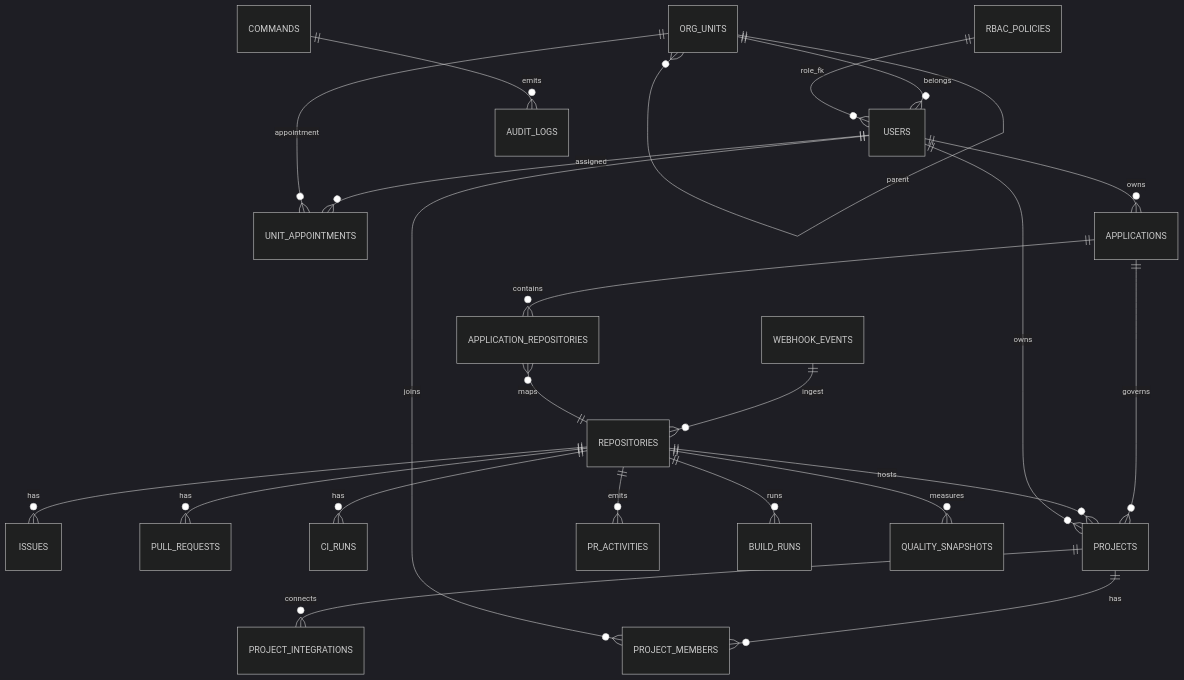
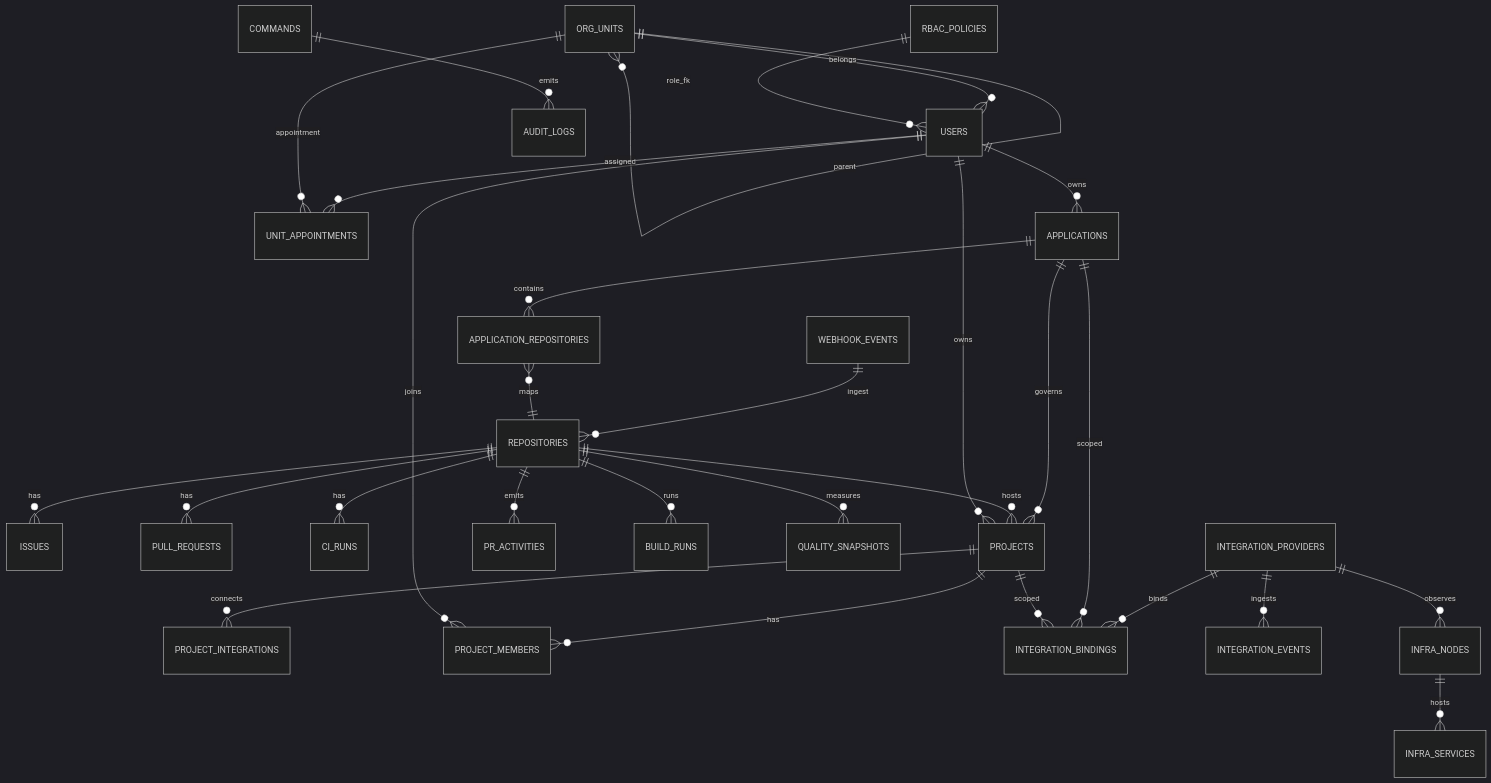
One commit to ykylee/Devhub_example changed the seventh of 7 diagrams in docs/planning/system_erd.md. Above: the diagram before and after it, drawn with Mermaid (dark theme). The commit also changed other lines of this file and 14 other files, not shown here.

````diff
--- a/docs/planning/system_erd.md
+++ b/docs/planning/system_erd.md
@@ -270,28 +343,34 @@
 ```mermaid
 erDiagram
     WEBHOOK_EVENTS ||--o{ REPOSITORIES : ingest
     REPOSITORIES ||--o{ ISSUES : has
     REPOSITORIES ||--o{ PULL_REQUESTS : has
     REPOSITORIES ||--o{ CI_RUNS : has
 
     ORG_UNITS ||--o{ ORG_UNITS : parent
     ORG_UNITS ||--o{ USERS : belongs
     USERS ||--o{ UNIT_APPOINTMENTS : assigned
     ORG_UNITS ||--o{ UNIT_APPOINTMENTS : appointment
     RBAC_POLICIES ||--o{ USERS : role_fk
 
     COMMANDS ||--o{ AUDIT_LOGS : emits
 
     APPLICATIONS ||--o{ APPLICATION_REPOSITORIES : contains
     APPLICATIONS ||--o{ PROJECTS : governs
     REPOSITORIES ||--o{ PROJECTS : hosts
     PROJECTS ||--o{ PROJECT_INTEGRATIONS : connects
     PROJECTS ||--o{ PROJECT_MEMBERS : has
     USERS ||--o{ PROJECT_MEMBERS : joins
     USERS ||--o{ PROJECTS : owns
     USERS ||--o{ APPLICATIONS : owns
     APPLICATION_REPOSITORIES }o--|| REPOSITORIES : maps
     REPOSITORIES ||--o{ PR_ACTIVITIES : emits
     REPOSITORIES ||--o{ BUILD_RUNS : runs
     REPOSITORIES ||--o{ QUALITY_SNAPSHOTS : measures
+    INTEGRATION_PROVIDERS ||--o{ INTEGRATION_BINDINGS : binds
+    INTEGRATION_PROVIDERS ||--o{ INTEGRATION_EVENTS : ingests
+    INTEGRATION_PROVIDERS ||--o{ INFRA_NODES : observes
+    INFRA_NODES ||--o{ INFRA_SERVICES : hosts
+    APPLICATIONS ||--o{ INTEGRATION_BINDINGS : scoped
+    PROJECTS ||--o{ INTEGRATION_BINDINGS : scoped
 ```
````
